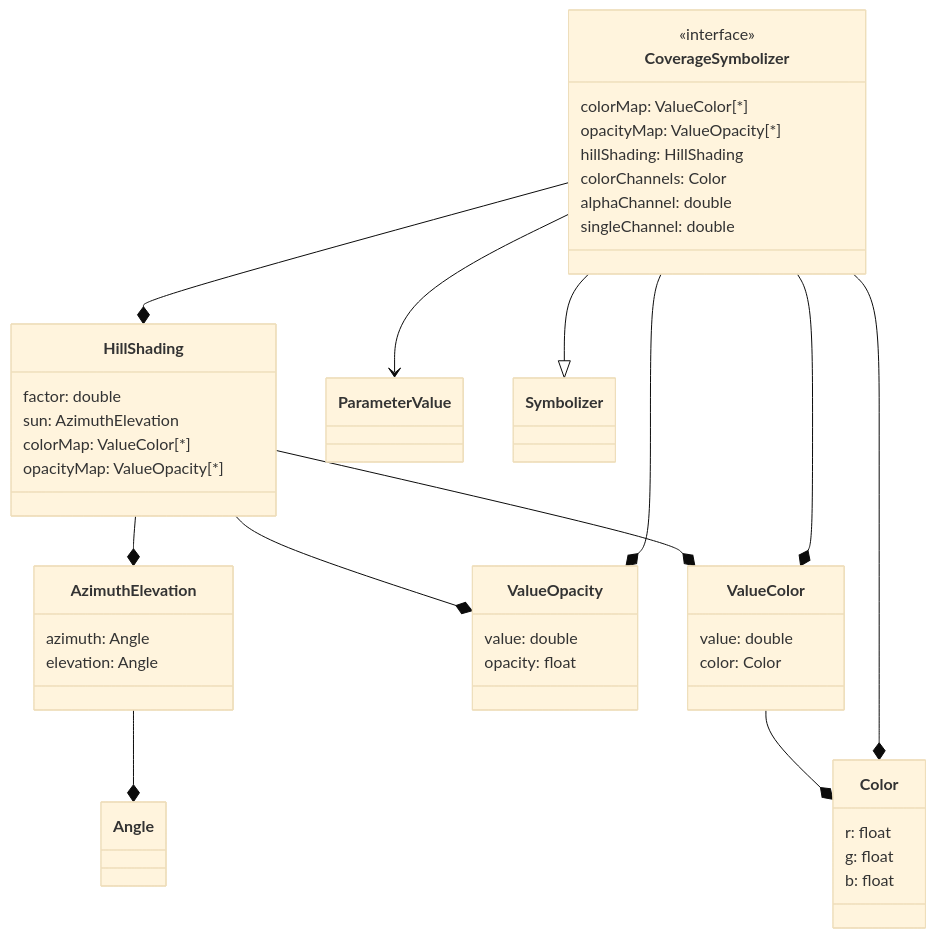
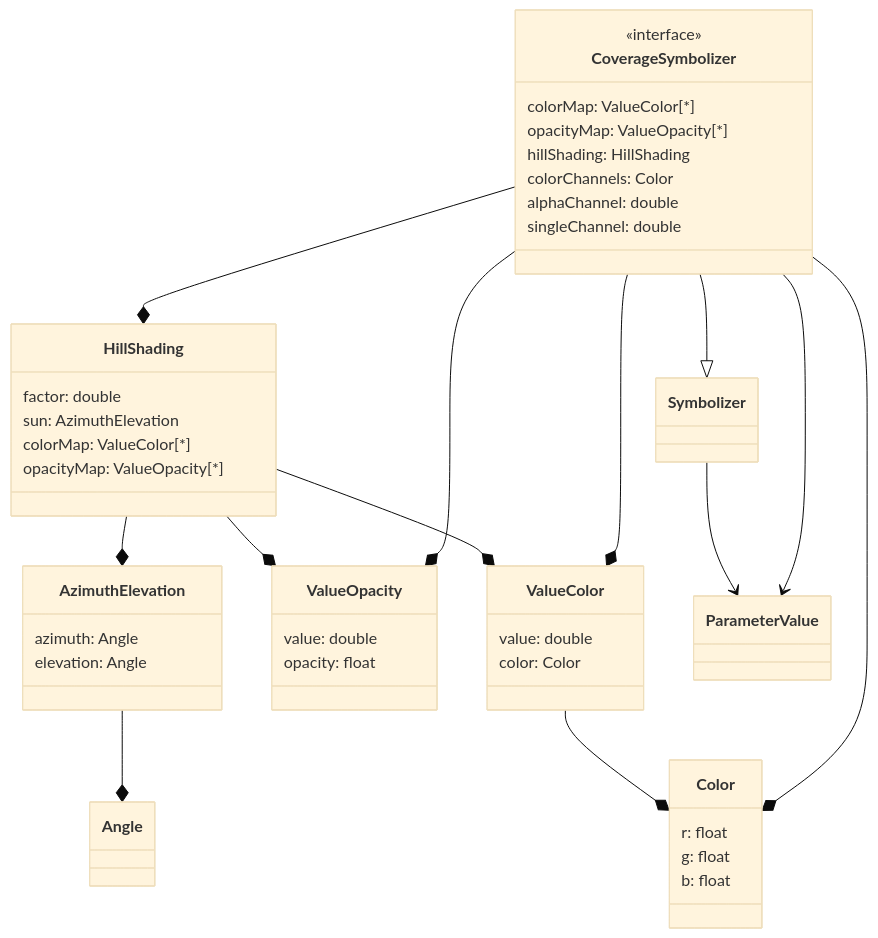
The diagram in core/UML/mermaid/coverageSymbolizer.md (opengeospatial/styles-and-symbology), drawn with Mermaid (base theme) before and after one commit. The commit also changed 2 other files, not shown here.

Commit message:
UML: Moved Strokes and Fills to 2DGraphics.md

````diff
--- a/core/UML/mermaid/coverageSymbolizer.md
+++ b/core/UML/mermaid/coverageSymbolizer.md
@@ -3,54 +3,55 @@
 ```mermaid
   classDiagram
   %% Class definition
     class ValueColor {
        value: double
        color: Color
     }
     class ValueOpacity {
        value: double
        opacity: float
     }
     class AzimuthElevation {
        azimuth: Angle
        elevation: Angle
     }
 
     class HillShading {
        factor: double
        sun: AzimuthElevation
        colorMap: ValueColor[*]
        opacityMap: ValueOpacity[*]
     }
     class CoverageSymbolizer {
       <<interface>>
       colorMap: ValueColor[*]
       opacityMap: ValueOpacity[*]
       hillShading: HillShading
       colorChannels: Color
       alphaChannel: double
       singleChannel: double
     }
     class Color {
       r: float
       g: float
       b: float
     }
   %% Relations
   %% Association
     CoverageSymbolizer --> ParameterValue
+    Symbolizer --> ParameterValue
 
   %% Inheritance
     CoverageSymbolizer --|> Symbolizer
 
   %% Composition
     CoverageSymbolizer --* HillShading
     CoverageSymbolizer --* ValueOpacity
     CoverageSymbolizer --* ValueColor
     CoverageSymbolizer --* Color
     ValueColor --* Color
     HillShading --* AzimuthElevation
     HillShading --* ValueColor
     HillShading --* ValueOpacity
     AzimuthElevation --* Angle
 ```
````
